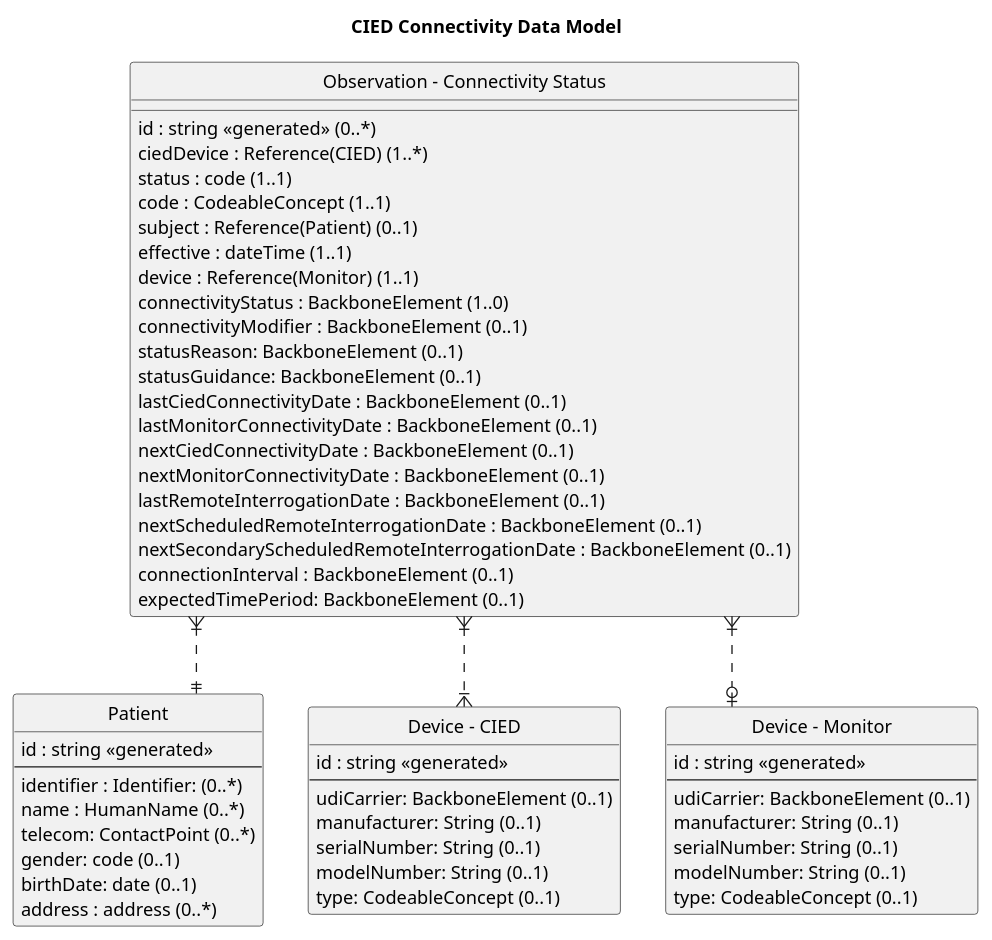
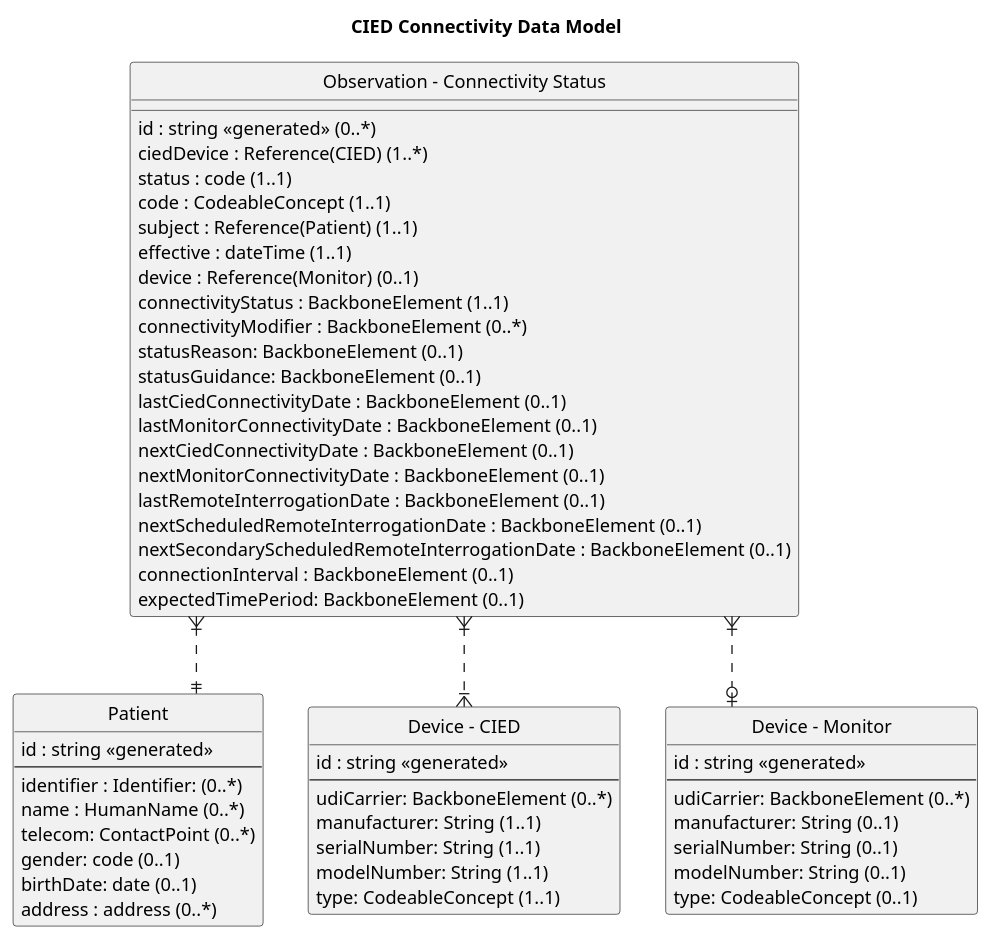
One commit to HL7/CardX-CIED changed the diagram in input/images-source/data-model1.plantuml. Above: the diagram before and after it, drawn with PlantUML. The commit also changed 5 other files, not shown here.

```diff
--- a/input/images-source/data-model1.plantuml
+++ b/input/images-source/data-model1.plantuml
@@ -1,76 +1,76 @@
 @startuml
 title CIED Connectivity Data Model
 
 hide circle
 
 skinparam linetype ortho
 
 entity "Patient" as Patient {
   id : string <<generated>>
   --
   identifier : Identifier: (0..*)
   name : HumanName (0..*)
   telecom: ContactPoint (0..*)
   gender: code (0..1)
   birthDate: date (0..1)
   address : address (0..*)   
 }
 
 entity "Device - CIED" as cied {
   id : string <<generated>>
   --
-  udiCarrier: BackboneElement (0..1)
-  manufacturer: String (0..1)
-  serialNumber: String (0..1)
-  modelNumber: String (0..1)
-  type: CodeableConcept (0..1)
+  udiCarrier: BackboneElement (0..*)
+  manufacturer: String (1..1)
+  serialNumber: String (1..1)
+  modelNumber: String (1..1)
+  type: CodeableConcept (1..1)
 }
 
 entity "Device - Monitor" as monitor {
   id : string <<generated>>
   --
-  udiCarrier: BackboneElement (0..1)
+  udiCarrier: BackboneElement (0..*)
   manufacturer: String (0..1)
   serialNumber: String (0..1)
   modelNumber: String (0..1)
   type: CodeableConcept (0..1)
 }
 /' - 3/19/25 remove encounter and device association from connectivity use case
 entity "DeviceAssociation" as devassoc {
     id: id <<1..1>>
     --
     identifier: Identifier (0..*)
     device: Reference(Device) (1..1)
     status: CodeableConcept (1..1)
     subject: Reference(Patient) (0..1)   
 }
 '/
 
 entity "Observation - Connectivity Status" as Connectivity {
     id : string <<generated>> (0..*)
     ciedDevice : Reference(CIED) (1..*)
     status : code (1..1)
     code : CodeableConcept (1..1)
-    subject : Reference(Patient) (0..1)
+    subject : Reference(Patient) (1..1)
     effective : dateTime (1..1)
-    device : Reference(Monitor) (1..1)
-    connectivityStatus : BackboneElement (1..0)
-    connectivityModifier : BackboneElement (0..1)
+    device : Reference(Monitor) (0..1)
+    connectivityStatus : BackboneElement (1..1)
+    connectivityModifier : BackboneElement (0..*)
     statusReason: BackboneElement (0..1)
     statusGuidance: BackboneElement (0..1)
     lastCiedConnectivityDate : BackboneElement (0..1)
     lastMonitorConnectivityDate : BackboneElement (0..1)
     nextCiedConnectivityDate : BackboneElement (0..1)
     nextMonitorConnectivityDate : BackboneElement (0..1)
     lastRemoteInterrogationDate : BackboneElement (0..1)
     nextScheduledRemoteInterrogationDate : BackboneElement (0..1)
     nextSecondaryScheduledRemoteInterrogationDate : BackboneElement (0..1)
     connectionInterval : BackboneElement (0..1)
     expectedTimePeriod: BackboneElement (0..1)
 }
 
 Connectivity }|..|| Patient
 Connectivity }|..|{ cied
 Connectivity }|..o| monitor
 
 @enduml
```
